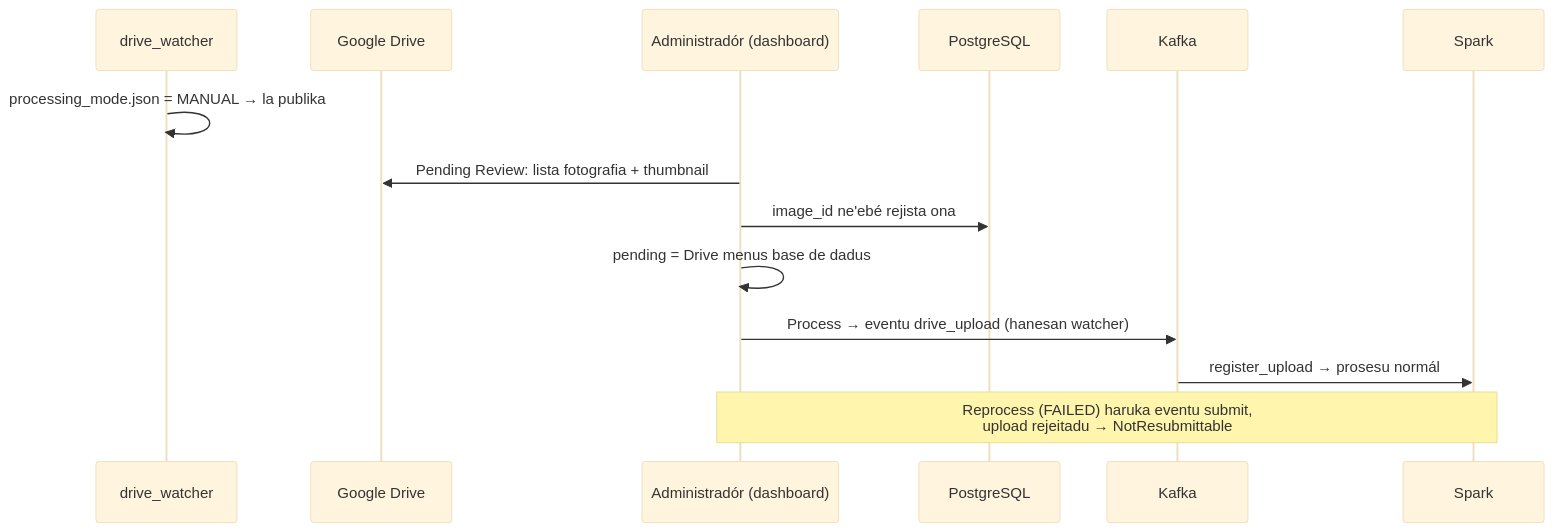
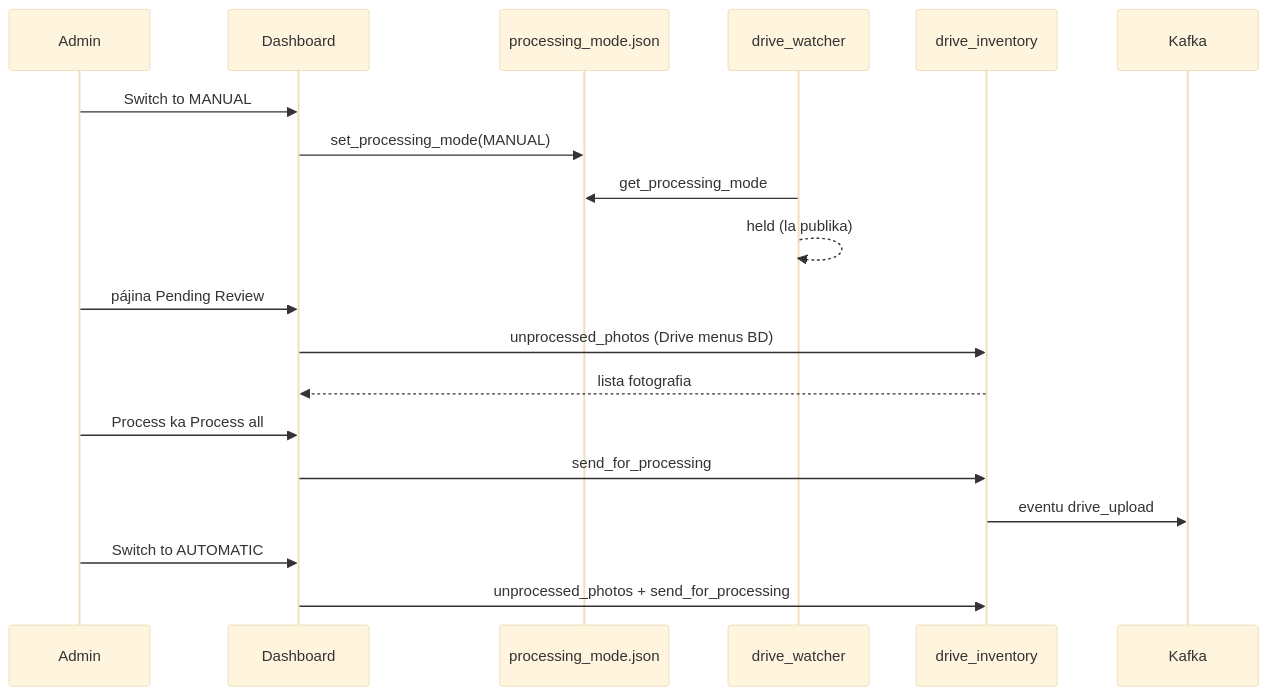
One commit to AOD-collab/-crop-disease-ews changed the fifth of 6 diagrams in documentation/technical_modules/src/06_end_to_end_integration_module.md. Above: the diagram before and after it, drawn with Mermaid (base theme). The commit also changed other lines of this file and 41 other files, not shown here.

````diff
--- a/documentation/technical_modules/src/06_end_to_end_integration_module.md
+++ b/documentation/technical_modules/src/06_end_to_end_integration_module.md
@@ -149,16 +191,21 @@
 ```mermaid
 sequenceDiagram
+    participant A as Admin
+    participant DB as Dashboard
+    participant M as processing_mode.json
     participant W as drive_watcher
-    participant GD as Google Drive
-    participant A as Administradór (dashboard)
-    participant DB as PostgreSQL
+    participant I as drive_inventory
     participant K as Kafka
-    participant S as Spark
-    W->>W: processing_mode.json = MANUAL → la publika
-    A->>GD: Pending Review: lista fotografia + thumbnail
-    A->>DB: image_id ne'ebé rejista ona
-    A->>A: pending = Drive menus base de dadus
-    A->>K: Process → eventu drive_upload (hanesan watcher)
-    K->>S: register_upload → prosesu normál
-    Note over A,S: Reprocess (FAILED) haruka eventu submit,<br/>upload rejeitadu → NotResubmittable
+    A->>DB: Switch to MANUAL
+    DB->>M: set_processing_mode(MANUAL)
+    W->>M: get_processing_mode
+    W-->>W: held (la publika)
+    A->>DB: pájina Pending Review
+    DB->>I: unprocessed_photos (Drive menus BD)
+    I-->>DB: lista fotografia
+    A->>DB: Process ka Process all
+    DB->>I: send_for_processing
+    I->>K: eventu drive_upload
+    A->>DB: Switch to AUTOMATIC
+    DB->>I: unprocessed_photos + send_for_processing
 ```
````
